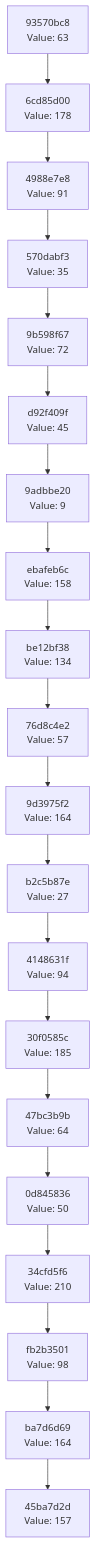
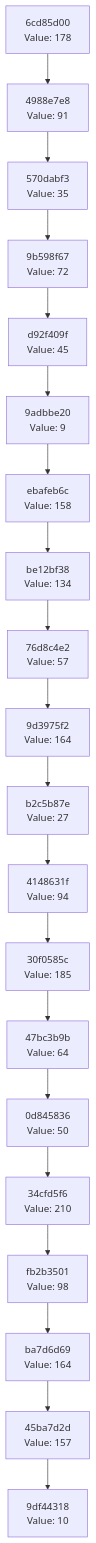
Before and after one commit to Abhisheksinha1506/hash-chain-evolver: the diagram in docs/CHAIN_VISUALIZATION.md, drawn with Mermaid. The commit also changed 3 other files, not shown here.

````diff
--- a/docs/CHAIN_VISUALIZATION.md
+++ b/docs/CHAIN_VISUALIZATION.md
@@ -3,42 +3,42 @@
 ```mermaid
 graph TD
-    C0["45ba7d2d<br/>Value: 157"]
-    C1["ba7d6d69<br/>Value: 164"]
+    C0["9df44318<br/>Value: 10"]
+    C1["45ba7d2d<br/>Value: 157"]
     C1 --> C0
-    C2["fb2b3501<br/>Value: 98"]
+    C2["ba7d6d69<br/>Value: 164"]
     C2 --> C1
-    C3["34cfd5f6<br/>Value: 210"]
+    C3["fb2b3501<br/>Value: 98"]
     C3 --> C2
-    C4["0d845836<br/>Value: 50"]
+    C4["34cfd5f6<br/>Value: 210"]
     C4 --> C3
-    C5["47bc3b9b<br/>Value: 64"]
+    C5["0d845836<br/>Value: 50"]
     C5 --> C4
-    C6["30f0585c<br/>Value: 185"]
+    C6["47bc3b9b<br/>Value: 64"]
     C6 --> C5
-    C7["4148631f<br/>Value: 94"]
+    C7["30f0585c<br/>Value: 185"]
     C7 --> C6
-    C8["b2c5b87e<br/>Value: 27"]
+    C8["4148631f<br/>Value: 94"]
     C8 --> C7
-    C9["9d3975f2<br/>Value: 164"]
+    C9["b2c5b87e<br/>Value: 27"]
     C9 --> C8
-    C10["76d8c4e2<br/>Value: 57"]
+    C10["9d3975f2<br/>Value: 164"]
     C10 --> C9
-    C11["be12bf38<br/>Value: 134"]
+    C11["76d8c4e2<br/>Value: 57"]
     C11 --> C10
-    C12["ebafeb6c<br/>Value: 158"]
+    C12["be12bf38<br/>Value: 134"]
     C12 --> C11
-    C13["9adbbe20<br/>Value: 9"]
+    C13["ebafeb6c<br/>Value: 158"]
     C13 --> C12
-    C14["d92f409f<br/>Value: 45"]
+    C14["9adbbe20<br/>Value: 9"]
     C14 --> C13
-    C15["9b598f67<br/>Value: 72"]
+    C15["d92f409f<br/>Value: 45"]
     C15 --> C14
-    C16["570dabf3<br/>Value: 35"]
+    C16["9b598f67<br/>Value: 72"]
     C16 --> C15
-    C17["4988e7e8<br/>Value: 91"]
+    C17["570dabf3<br/>Value: 35"]
     C17 --> C16
-    C18["6cd85d00<br/>Value: 178"]
+    C18["4988e7e8<br/>Value: 91"]
     C18 --> C17
-    C19["93570bc8<br/>Value: 63"]
+    C19["6cd85d00<br/>Value: 178"]
     C19 --> C18
 ```
````
